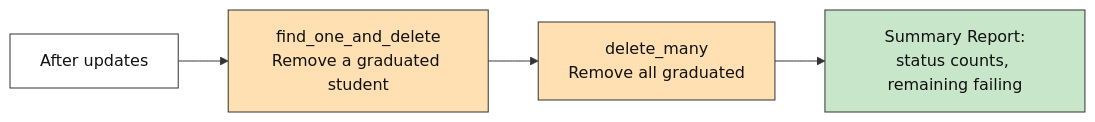
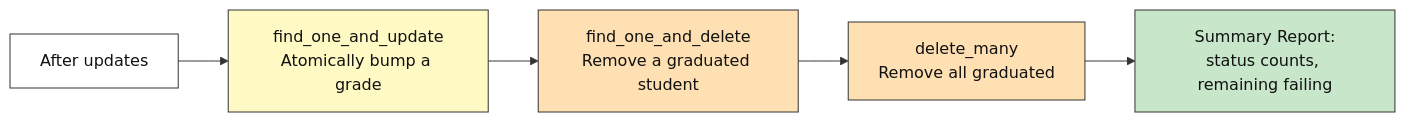
The second of 2 diagrams in MongoDB-Labs/Lab 2 - Student Enrollment Tracker/lab-2-student-enrollment-tracker.md (CogKnowEdge-Solutions/Context-Memory-Layer), drawn with Mermaid before and after one commit. The commit also changed other lines of this file and 2 other files, not shown here.

Commit message:
feat: Lab 2 — add find_one_and_update demo, renumber steps, add tests

````diff
--- a/MongoDB-Labs/Lab 2 - Student Enrollment Tracker/lab-2-student-enrollment-tracker.md
+++ b/MongoDB-Labs/Lab 2 - Student Enrollment Tracker/lab-2-student-enrollment-tracker.md
@@ -88,11 +88,13 @@
 ```mermaid
 flowchart LR
-    U3["After updates"] --> D1["find_one_and_delete<br/>Remove a graduated student"]
-    D1 --> D2["delete_many<br/>Remove all graduated"]
+    U3["After updates"] --> FA["find_one_and_update<br/>Atomically bump a grade"]
+    FA --> FD["find_one_and_delete<br/>Remove a graduated student"]
+    FD --> D2["delete_many<br/>Remove all graduated"]
     D2 --> R["Summary Report:<br/>status counts, remaining failing"]
 
     style U3 fill:#ffffff,stroke:#333333,stroke-width:1px,color:#111111
-    style D1 fill:#ffe0b2,stroke:#333333,stroke-width:1px,color:#111111
+    style FA fill:#fff9c4,stroke:#333333,stroke-width:1px,color:#111111
+    style FD fill:#ffe0b2,stroke:#333333,stroke-width:1px,color:#111111
     style D2 fill:#ffe0b2,stroke:#333333,stroke-width:1px,color:#111111
     style R fill:#c8e6c9,stroke:#333333,stroke-width:1px,color:#111111
 ```
````
